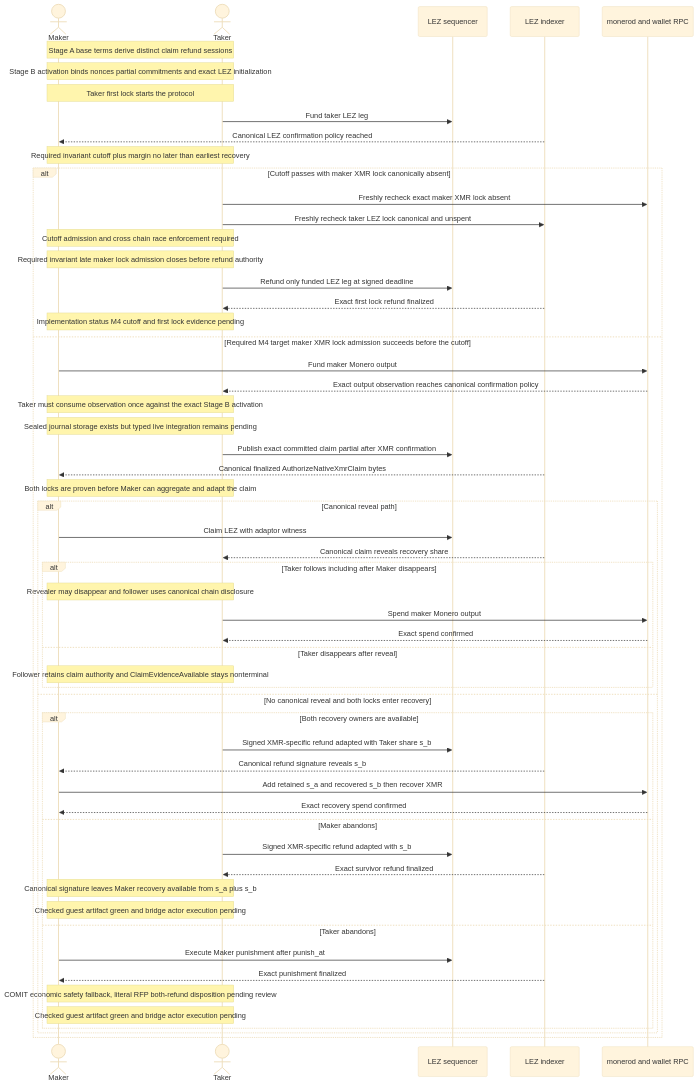
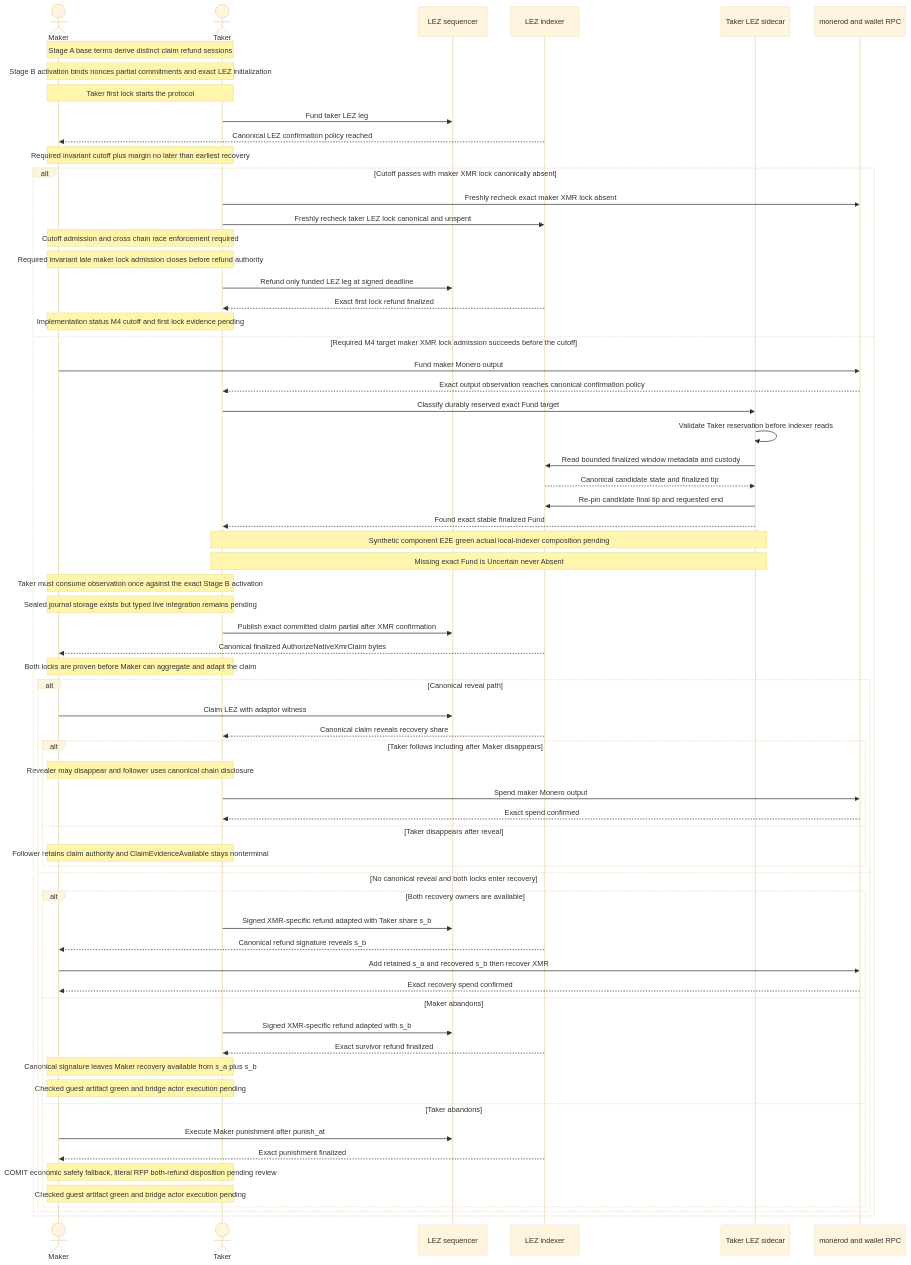
Diagram 21 of 26 in docs/architecture/system-architecture.md (gateway-fm/lez-atomic-swaps), drawn with Mermaid (base theme) before and after one commit. The commit also changed other lines of this file and 14 other files, not shown here.

Commit message:
feat(m4): classify finalized XMR funding

````diff
--- a/docs/architecture/system-architecture.md
+++ b/docs/architecture/system-architecture.md
@@ -2153,60 +2158,69 @@
 ```mermaid
 sequenceDiagram
     actor Maker
     actor Taker
     participant LezSeq as LEZ sequencer
     participant LezIdx as LEZ indexer
+    participant LezSidecar as Taker LEZ sidecar
     participant Monero as monerod and wallet RPC
 
     Note over Maker,Taker: Stage A base terms derive distinct claim refund sessions
     Note over Maker,Taker: Stage B activation binds nonces partial commitments and exact LEZ initialization
     Note over Maker,Taker: Taker first lock starts the protocol
     Taker->>LezSeq: Fund taker LEZ leg
     LezIdx-->>Maker: Canonical LEZ confirmation policy reached
     Note over Maker,Taker: Required invariant cutoff plus margin no later than earliest recovery
     alt Cutoff passes with maker XMR lock canonically absent
         Taker->>Monero: Freshly recheck exact maker XMR lock absent
         Taker->>LezIdx: Freshly recheck taker LEZ lock canonical and unspent
         Note over Maker,Taker: Cutoff admission and cross chain race enforcement required
         Note over Maker,Taker: Required invariant late maker lock admission closes before refund authority
         Taker->>LezSeq: Refund only funded LEZ leg at signed deadline
         LezIdx-->>Taker: Exact first lock refund finalized
         Note over Maker,Taker: Implementation status M4 cutoff and first lock evidence pending
     else Required M4 target maker XMR lock admission succeeds before the cutoff
         Maker->>Monero: Fund maker Monero output
         Monero-->>Taker: Exact output observation reaches canonical confirmation policy
+        Taker->>LezSidecar: Classify durably reserved exact Fund target
+        LezSidecar->>LezSidecar: Validate Taker reservation before indexer reads
+        LezSidecar->>LezIdx: Read bounded finalized window metadata and custody
+        LezIdx-->>LezSidecar: Canonical candidate state and finalized tip
+        LezSidecar->>LezIdx: Re-pin candidate final tip and requested end
+        LezSidecar-->>Taker: Found exact stable finalized Fund
+        Note over Taker,LezSidecar: Synthetic component E2E green actual local-indexer composition pending
+        Note over Taker,LezSidecar: Missing exact Fund is Uncertain never Absent
         Note over Maker,Taker: Taker must consume observation once against the exact Stage B activation
         Note over Maker,Taker: Sealed journal storage exists but typed live integration remains pending
         Taker->>LezSeq: Publish exact committed claim partial after XMR confirmation
         LezIdx-->>Maker: Canonical finalized AuthorizeNativeXmrClaim bytes
         Note over Maker,Taker: Both locks are proven before Maker can aggregate and adapt the claim
         alt Canonical reveal path
             Maker->>LezSeq: Claim LEZ with adaptor witness
             LezIdx-->>Taker: Canonical claim reveals recovery share
             alt Taker follows including after Maker disappears
                 Note over Maker,Taker: Revealer may disappear and follower uses canonical chain disclosure
                 Taker->>Monero: Spend maker Monero output
                 Monero-->>Taker: Exact spend confirmed
             else Taker disappears after reveal
                 Note over Maker,Taker: Follower retains claim authority and ClaimEvidenceAvailable stays nonterminal
             end
         else No canonical reveal and both locks enter recovery
             alt Both recovery owners are available
                 Taker->>LezSeq: Signed XMR-specific refund adapted with Taker share s_b
                 LezIdx-->>Maker: Canonical refund signature reveals s_b
                 Maker->>Monero: Add retained s_a and recovered s_b then recover XMR
                 Monero-->>Maker: Exact recovery spend confirmed
             else Maker abandons
                 Taker->>LezSeq: Signed XMR-specific refund adapted with s_b
                 LezIdx-->>Taker: Exact survivor refund finalized
                 Note over Maker,Taker: Canonical signature leaves Maker recovery available from s_a plus s_b
                 Note over Maker,Taker: Checked guest artifact green and bridge actor execution pending
             else Taker abandons
                 Maker->>LezSeq: Execute Maker punishment after punish_at
                 LezIdx-->>Maker: Exact punishment finalized
                 Note over Maker,Taker: COMIT economic safety fallback, literal RFP both-refund disposition pending review
                 Note over Maker,Taker: Checked guest artifact green and bridge actor execution pending
             end
         end
     end
 ```
````
